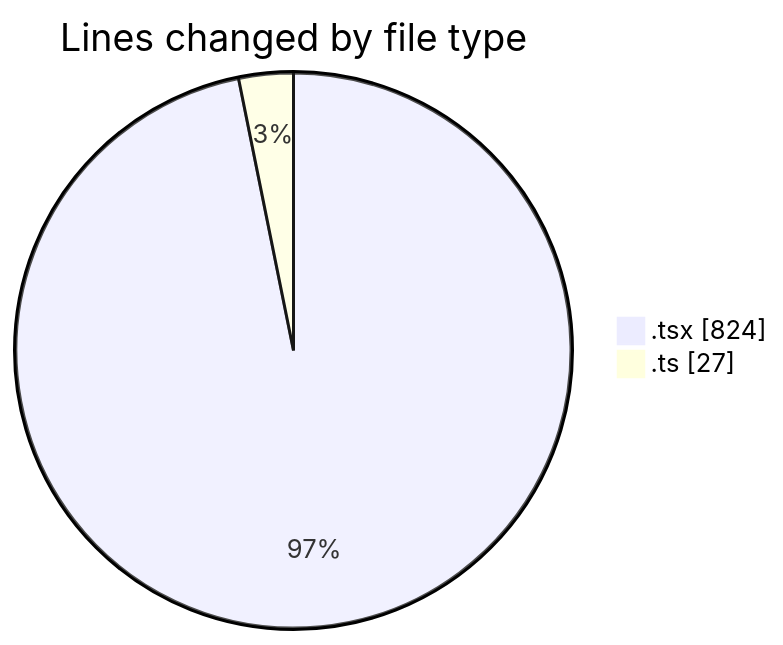
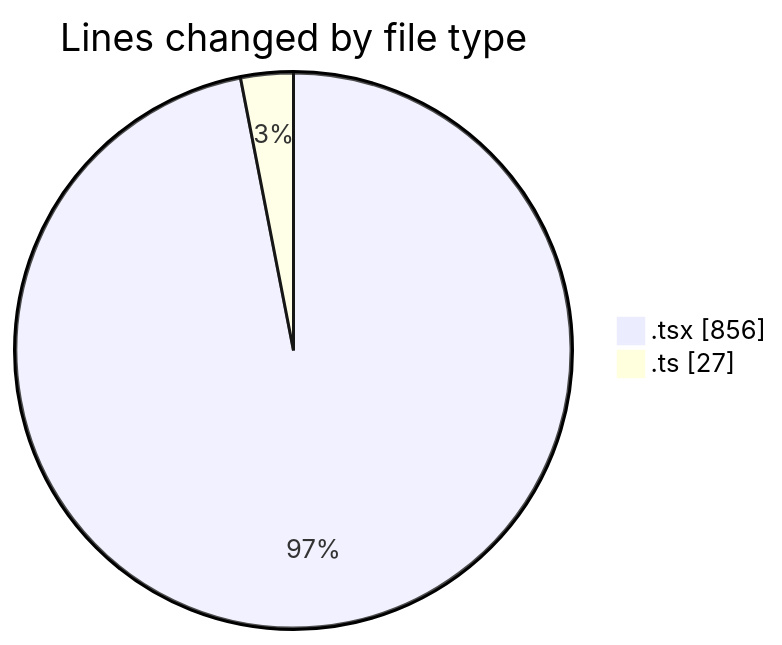
The first of 2 diagrams in 2025-02-11/cda/README.md (momahboobian/code-tracking), drawn with Mermaid before and after one commit. The commit also changed other lines of this file and 1 other file, not shown here.

````diff
--- a/2025-02-11/cda/README.md
+++ b/2025-02-11/cda/README.md
@@ -21,6 +21,6 @@
 ```mermaid
 pie showData
 title Lines changed by file type
-".tsx" : 824
+".tsx" : 856
 ".ts" : 27
 ```
````
